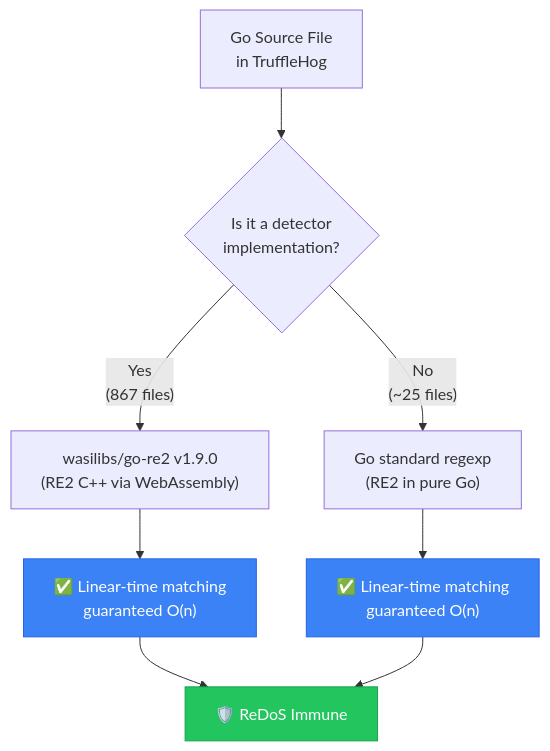
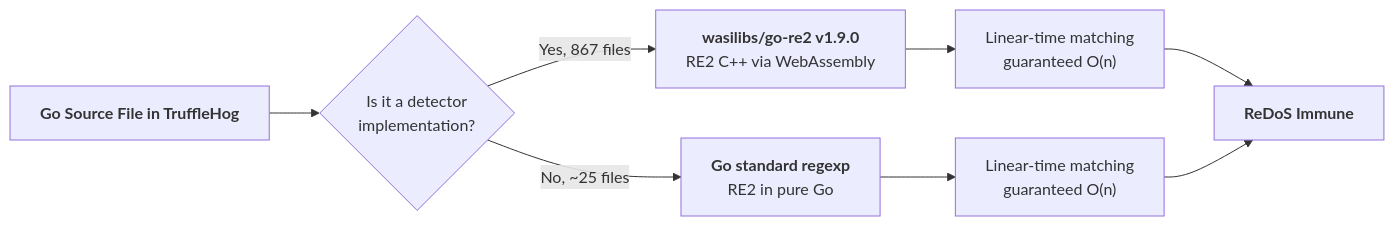
The first of 4 diagrams in blitzy/documentation/trufflehog_e42153d44a5e.md (blitzy-research/trufflehog), drawn with Mermaid before and after one commit. The commit also changed other lines of this file, not shown here.

````diff
--- a/blitzy/documentation/trufflehog_e42153d44a5e.md
+++ b/blitzy/documentation/trufflehog_e42153d44a5e.md
@@ -166,14 +166,15 @@
 ```mermaid
-flowchart TD
-    A["Go Source File<br/>in TruffleHog"] --> B{"Is it a detector<br/>implementation?"}
-    B -->|"Yes<br/>(867 files)"| C["wasilibs/go-re2 v1.9.0<br/>(RE2 C++ via WebAssembly)"]
-    B -->|"No<br/>(~25 files)"| D["Go standard regexp<br/>(RE2 in pure Go)"]
-    C --> E["✅ Linear-time matching<br/>guaranteed O(n)"]
-    D --> F["✅ Linear-time matching<br/>guaranteed O(n)"]
-    E --> G["🛡️ ReDoS Immune"]
+flowchart LR
+    A["`**Go Source File in TruffleHog**`"] --> B{"`Is it a detector
+    implementation?`"}
+    B -->|Yes, 867 files| C["`**wasilibs/go-re2 v1.9.0**
+    RE2 C++ via WebAssembly`"]
+    B -->|No, ~25 files| D["`**Go standard regexp**
+    RE2 in pure Go`"]
+    C --> E["`Linear-time matching
+    guaranteed O(n)`"]
+    D --> F["`Linear-time matching
+    guaranteed O(n)`"]
+    E --> G["`**ReDoS Immune**`"]
     F --> G
-    
-    style G fill:#22c55e,color:#fff,stroke:#16a34a
-    style E fill:#3b82f6,color:#fff,stroke:#2563eb
-    style F fill:#3b82f6,color:#fff,stroke:#2563eb
 ```
````
